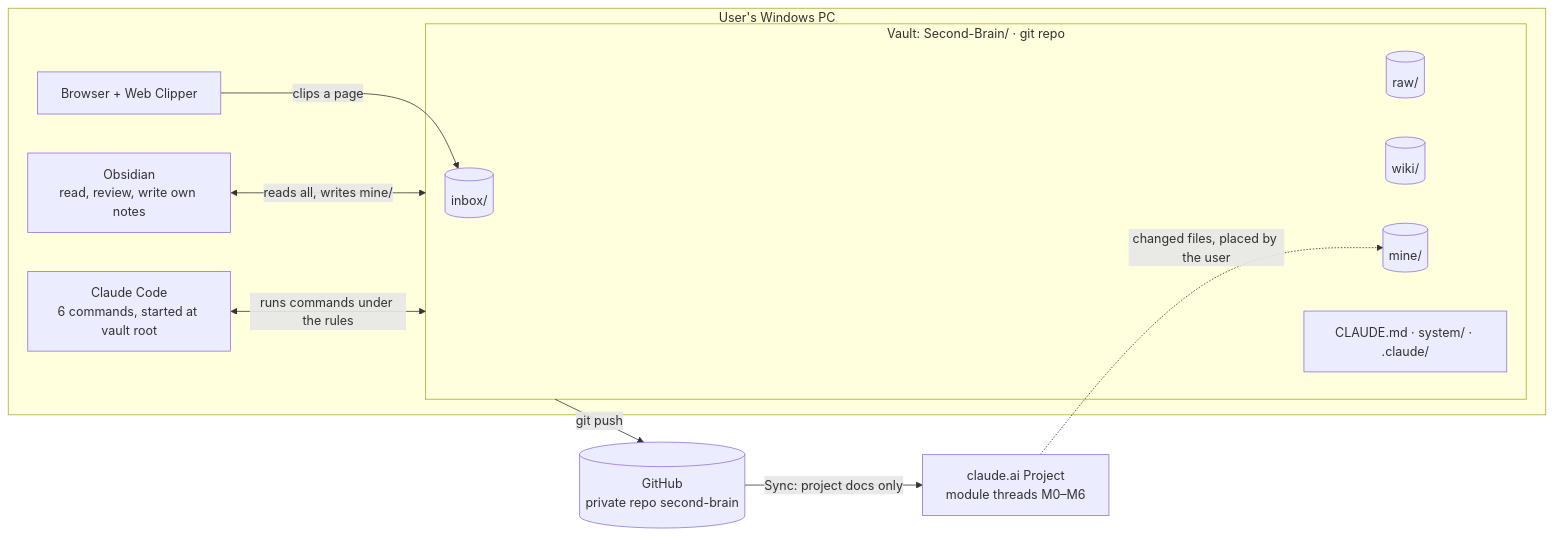
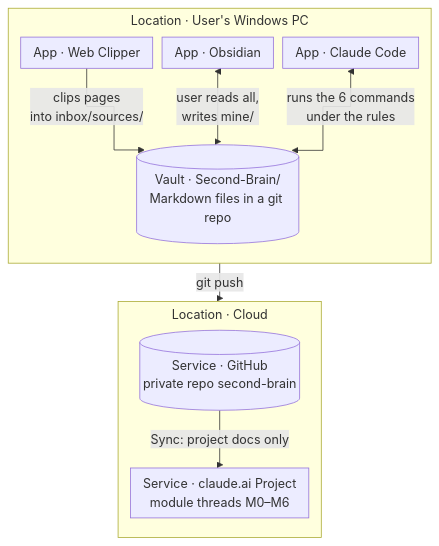
The first of 16 diagrams in mine/projects/thinking-system/23 Product Requirements.md (quocnguyen13/second-brain), drawn with Mermaid before and after one commit. The commit also changed other lines of this file and 5 other files, not shown here.

````diff
--- a/mine/projects/thinking-system/23 Product Requirements.md
+++ b/mine/projects/thinking-system/23 Product Requirements.md
@@ -77,23 +83,21 @@
 ```mermaid
-flowchart LR
-    subgraph PC["User's Windows PC"]
-        WC["Browser + Web Clipper"]
-        OB["Obsidian<br/>read, review, write own notes"]
-        CC["Claude Code<br/>6 commands, started at vault root"]
-        subgraph VT["Vault: Second-Brain/ · git repo"]
-            IN[("inbox/")]
-            RW[("raw/")]
-            WK[("wiki/")]
-            MN[("mine/")]
-            SC["CLAUDE.md · system/ · .claude/"]
-        end
+%%{init: {"flowchart": {"curve": "step", "useMaxWidth": true, "nodeSpacing": 12, "rankSpacing": 25, "padding": 8, "subGraphTitleMargin": {"top": 4, "bottom": 8}}}}%%
+flowchart TB
+    subgraph PC["Location · User's Windows PC"]
+        direction TB
+        WC["App · Web Clipper"]
+        OB["App · Obsidian"]
+        CC["App · Claude Code"]
+        VT[("Vault · Second-Brain/<br/>Markdown files in a git repo")]
     end
-    GH[("GitHub<br/>private repo second-brain")]
-    PJ["claude.ai Project<br/>module threads M0–M6"]
-    WC -->|"clips a page"| IN
-    OB <-->|"reads all, writes mine/"| VT
-    CC <-->|"runs commands under the rules"| VT
+    subgraph CL["Location · Cloud"]
+        direction TB
+        GH[("Service · GitHub<br/>private repo second-brain")]
+        PJ["Service · claude.ai Project<br/>module threads M0–M6"]
+    end
+    WC -->|"clips pages<br/>into inbox/sources/"| VT
+    OB <-->|"user reads all,<br/>writes mine/"| VT
+    CC <-->|"runs the 6 commands<br/>under the rules"| VT
     VT -->|"git push"| GH
     GH -->|"Sync: project docs only"| PJ
-    PJ -.->|"changed files, placed by the user"| MN
 ```
````
